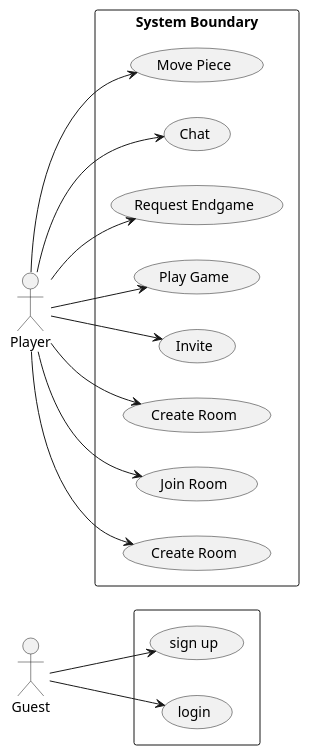
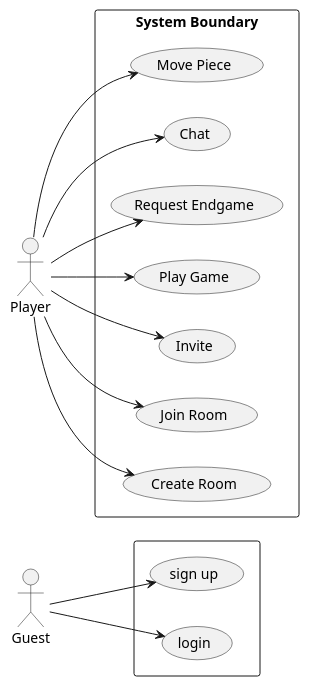
One commit to 3zard/Chess-Game changed the diagram in Diagram/Use Case Diagram/useCaseDiagram.pu. Above: the diagram before and after it, drawn with PlantUML. The commit also changed 1 other file, not shown here.

Commit message:
Huy | Fixing class diagram and use case diagram

```diff
--- a/Diagram/Use Case Diagram/useCaseDiagram.pu
+++ b/Diagram/Use Case Diagram/useCaseDiagram.pu
@@ -1,30 +1,28 @@
 @startuml useCaseDiagram
 left to right direction
 actor Guest 
 rectangle {
     usecase "sign up"as signUp
     usecase "login"as login
 }
 actor Player
 rectangle "System Boundary" {
     usecase "Move Piece"as movePiece
     usecase "Chat" as chat
     usecase "Request Endgame" as requestEndgame
     usecase "Play Game" as playGame
     usecase "Invite" as invite
+    usecase "Join Room" as joinRoom
     usecase "Create Room" as createRoom
-    usecase "Join Room" as joinRoom
-    usecase "Create Room" as createGame
 }
 Guest --> signUp
 Guest --> login
 
 Player --> movePiece
 Player --> chat
 Player --> requestEndgame
 Player --> playGame
 Player --> invite
 Player --> createRoom
 Player --> joinRoom
-Player --> createGame
 @endum
```
